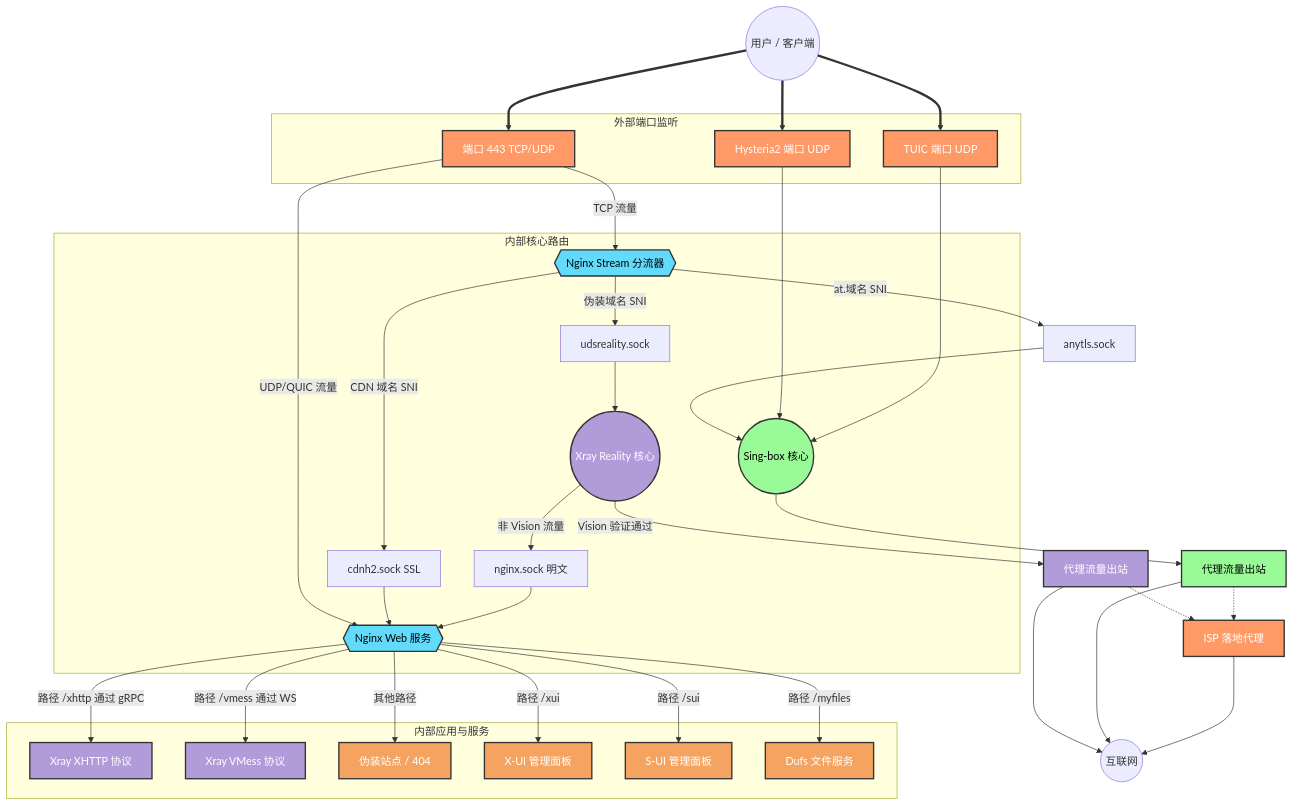
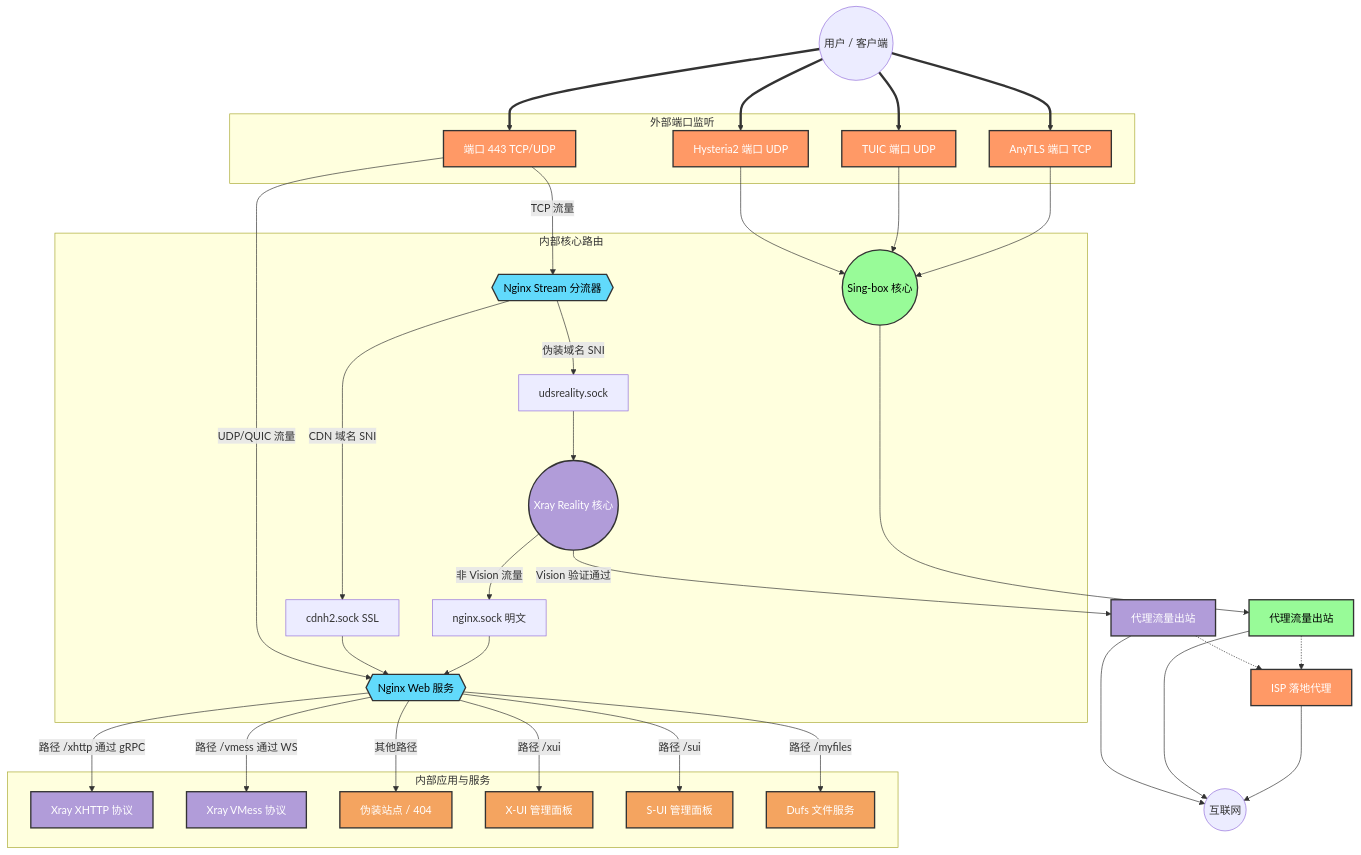
The first of 9 diagrams in docker/sb-xray/docs/01-architecture-and-traffic.md (currycan/key), drawn with Mermaid before and after one commit. The commit also changed other lines of this file and 9 other files, not shown here.

First line of the commit message:
revert: AnyTLS 回退至随机高位端口直连模式

````diff
--- a/docker/sb-xray/docs/01-architecture-and-traffic.md
+++ b/docker/sb-xray/docs/01-architecture-and-traffic.md
@@ -47,67 +47,69 @@
 ```mermaid
 graph TD
     classDef entry fill:#f96,stroke:#333,stroke-width:2px,color:white
     classDef nginx fill:#61dafb,stroke:#333,stroke-width:2px,color:black
     classDef xray fill:#b19cd9,stroke:#333,stroke-width:2px,color:white
     classDef sing fill:#98fb98,stroke:#333,stroke-width:2px,color:black
     classDef app fill:#f4a460,stroke:#333,stroke-width:2px,color:white
 
     User((用户 / 客户端))
 
     subgraph 外部端口监听
         P443["端口 443 TCP/UDP"]:::entry
         PHysteria["Hysteria2 端口 UDP"]:::entry
         PTuic["TUIC 端口 UDP"]:::entry
+        PAnyTLS["AnyTLS 端口 TCP"]:::entry
     end
 
     User ==> P443
     User ==> PHysteria
     User ==> PTuic
+    User ==> PAnyTLS
 
     subgraph 内部核心路由
         NginxStream{{"Nginx Stream 分流器"}}:::nginx
         NginxWeb{{"Nginx Web 服务"}}:::nginx
         XrayReality(("Xray Reality 核心")):::xray
         SingBox(("Sing-box 核心")):::sing
         UDS_Reality["udsreality.sock"]
         UDS_CDN["cdnh2.sock SSL"]
         UDS_Nginx["nginx.sock 明文"]
     end
 
     P443 -- TCP 流量 --> NginxStream
     P443 -- UDP/QUIC 流量 --> NginxWeb
 
     NginxStream -- "伪装域名 SNI" --> UDS_Reality --> XrayReality
     NginxStream -- "CDN 域名 SNI" --> UDS_CDN --> NginxWeb
-    NginxStream -- "at.域名 SNI" --> UDS_AnyTLS["anytls.sock"] --> SingBox
 
     XrayReality -- "Vision 验证通过" --> ProxyOut1["代理流量出站"]:::xray
     XrayReality -- "非 Vision 流量" --> UDS_Nginx
     UDS_Nginx --> NginxWeb
 
     PHysteria --> SingBox
     PTuic --> SingBox
+    PAnyTLS --> SingBox
     SingBox --> ProxyOut2["代理流量出站"]:::sing
 
     ProxyOut1 -.-> ISP["ISP 落地代理"]:::entry
     ProxyOut2 -.-> ISP
     ProxyOut1 --> Internet((互联网))
     ProxyOut2 --> Internet
     ISP --> Internet
 
     subgraph 内部应用与服务
         AppXHTTP["Xray XHTTP 协议"]:::xray
         AppVMess["Xray VMess 协议"]:::xray
         AppWeb["伪装站点 / 404"]:::app
         AppXUI["X-UI 管理面板"]:::app
         AppSUI["S-UI 管理面板"]:::app
         AppFiles["Dufs 文件服务"]:::app
     end
 
     NginxWeb -- "路径 /xhttp 通过 gRPC" --> AppXHTTP
     NginxWeb -- "路径 /vmess 通过 WS" --> AppVMess
     NginxWeb -- "路径 /xui" --> AppXUI
     NginxWeb -- "路径 /sui" --> AppSUI
     NginxWeb -- "路径 /myfiles" --> AppFiles
     NginxWeb -- "其他路径" --> AppWeb
 ```
````
